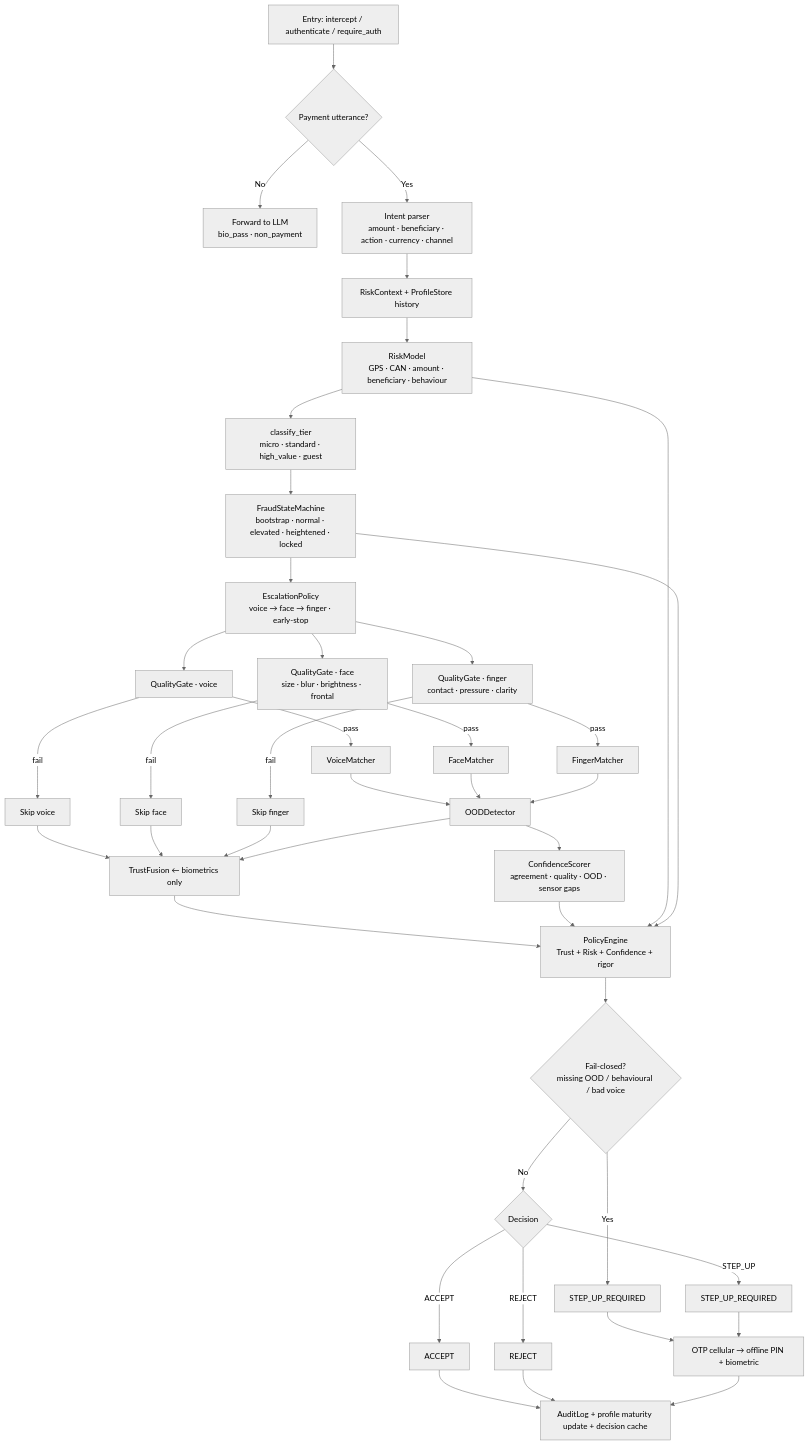
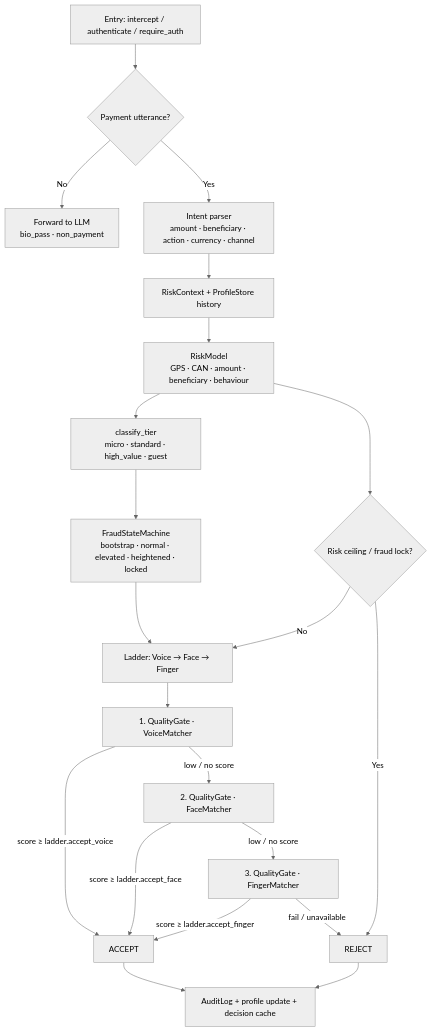
One commit to couder-04/Drive_auth_edge changed the third of 8 diagrams in README.md. Above: the diagram before and after it, drawn with Mermaid (neutral theme). The commit also changed other lines of this file and 269 other files, not shown here.

````diff
--- a/README.md
+++ b/README.md
@@ -123,51 +122,28 @@
 ```mermaid
 flowchart TD
   IN["Entry: intercept / authenticate / require_auth"] --> PAY{Payment utterance?}
 
   PAY -->|No| BYPASS["Forward to LLM\nbio_pass · non_payment"]
   PAY -->|Yes| INTENT["Intent parser\namount · beneficiary · action · currency · channel"]
 
   INTENT --> CTX["RiskContext + ProfileStore history"]
   CTX --> RISK["RiskModel\nGPS · CAN · amount · beneficiary · behaviour"]
   RISK --> TIER["classify_tier\nmicro · standard · high_value · guest"]
   TIER --> FRAUD["FraudStateMachine\nbootstrap · normal · elevated · heightened · locked"]
 
-  FRAUD --> ESC["EscalationPolicy\nvoice → face → finger · early-stop"]
-  ESC --> QV["QualityGate · voice"]
-  QV -->|pass| MV["VoiceMatcher"]
-  QV -->|fail| SKIPV[Skip voice]
-  ESC --> QF["QualityGate · face\nsize · blur · brightness · frontal"]
-  QF -->|pass| MF["FaceMatcher"]
-  QF -->|fail| SKIPF[Skip face]
-  ESC --> QG["QualityGate · finger\ncontact · pressure · clarity"]
-  QG -->|pass| MG["FingerMatcher"]
-  QG -->|fail| SKIPG[Skip finger]
+  FRAUD --> ESC["Ladder: Voice → Face → Finger"]
+  ESC --> QV["1. QualityGate · VoiceMatcher"]
+  QV -->|score ≥ ladder.accept_voice| ACC[ACCEPT]
+  QV -->|low / no score| QF["2. QualityGate · FaceMatcher"]
+  QF -->|score ≥ ladder.accept_face| ACC
+  QF -->|low / no score| QG["3. QualityGate · FingerMatcher"]
+  QG -->|score ≥ ladder.accept_finger| ACC
+  QG -->|fail / unavailable| REJ[REJECT]
 
-  MV --> OOD[OODDetector]
-  MF --> OOD
-  MG --> OOD
-  SKIPV --> FUSE
-  SKIPF --> FUSE
-  SKIPG --> FUSE
-  OOD --> FUSE["TrustFusion ← biometrics only"]
-  OOD --> CONF["ConfidenceScorer\nagreement · quality · OOD · sensor gaps"]
+  RISK --> HARD{Risk ceiling / fraud lock?}
+  HARD -->|Yes| REJ
+  HARD -->|No| ESC
 
-  FUSE --> POL["PolicyEngine\nTrust + Risk + Confidence + rigor"]
-  CONF --> POL
-  RISK --> POL
-  FRAUD --> POL
-
-  POL --> FC{Fail-closed?\nmissing OOD / behavioural / bad voice}
-  FC -->|Yes| SU1[STEP_UP_REQUIRED]
-  FC -->|No| DEC{Decision}
-
-  DEC -->|ACCEPT| ACC[ACCEPT]
-  DEC -->|STEP_UP| SU2[STEP_UP_REQUIRED]
-  DEC -->|REJECT| REJ[REJECT]
-
-  SU1 --> STEP
-  SU2 --> STEP["OTP cellular → offline PIN + biometric"]
-  ACC --> POST["AuditLog + profile maturity update + decision cache"]
+  ACC --> POST["AuditLog + profile update + decision cache"]
   REJ --> POST
-  STEP --> POST
 ```
````
